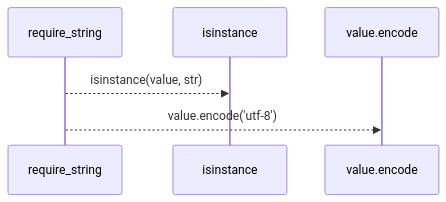
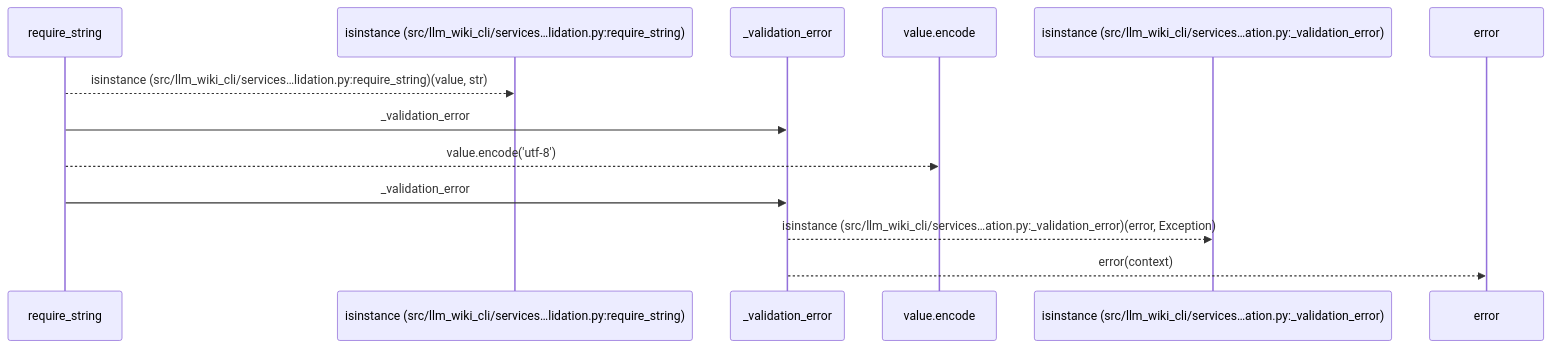
Before and after one commit to Denissvgn/python-wiki-llm: the first of 2 diagrams in docs/llm_wiki/flows/api-require_string.md, drawn with Mermaid. The commit also changed other lines of this file and 627 other files, not shown here.

````diff
--- a/docs/llm_wiki/flows/api-require_string.md
+++ b/docs/llm_wiki/flows/api-require_string.md
@@ -12,8 +12,15 @@
 ```mermaid
 sequenceDiagram
     participant p0 as require_string
-    participant p1 as isinstance
-    participant p2 as value.encode
-    p0-->>p1: isinstance(value, str)
-    p0-->>p2: value.encode('utf-8')
+    participant p1 as isinstance (src/llm_wiki_cli/services…lidation.py:require_string)
+    participant p2 as _validation_error
+    participant p3 as value.encode
+    participant p4 as isinstance (src/llm_wiki_cli/services…ation.py:_validation_error)
+    participant p5 as error
+    p0-->>p1: isinstance (src/llm_wiki_cli/services…lidation.py:require_string)(value, str)
+    p0->>p2: _validation_error
+    p0-->>p3: value.encode('utf-8')
+    p0->>p2: _validation_error
+    p2-->>p4: isinstance (src/llm_wiki_cli/services…ation.py:_validation_error)(error, Exception)
+    p2-->>p5: error(context)
 ```
````
